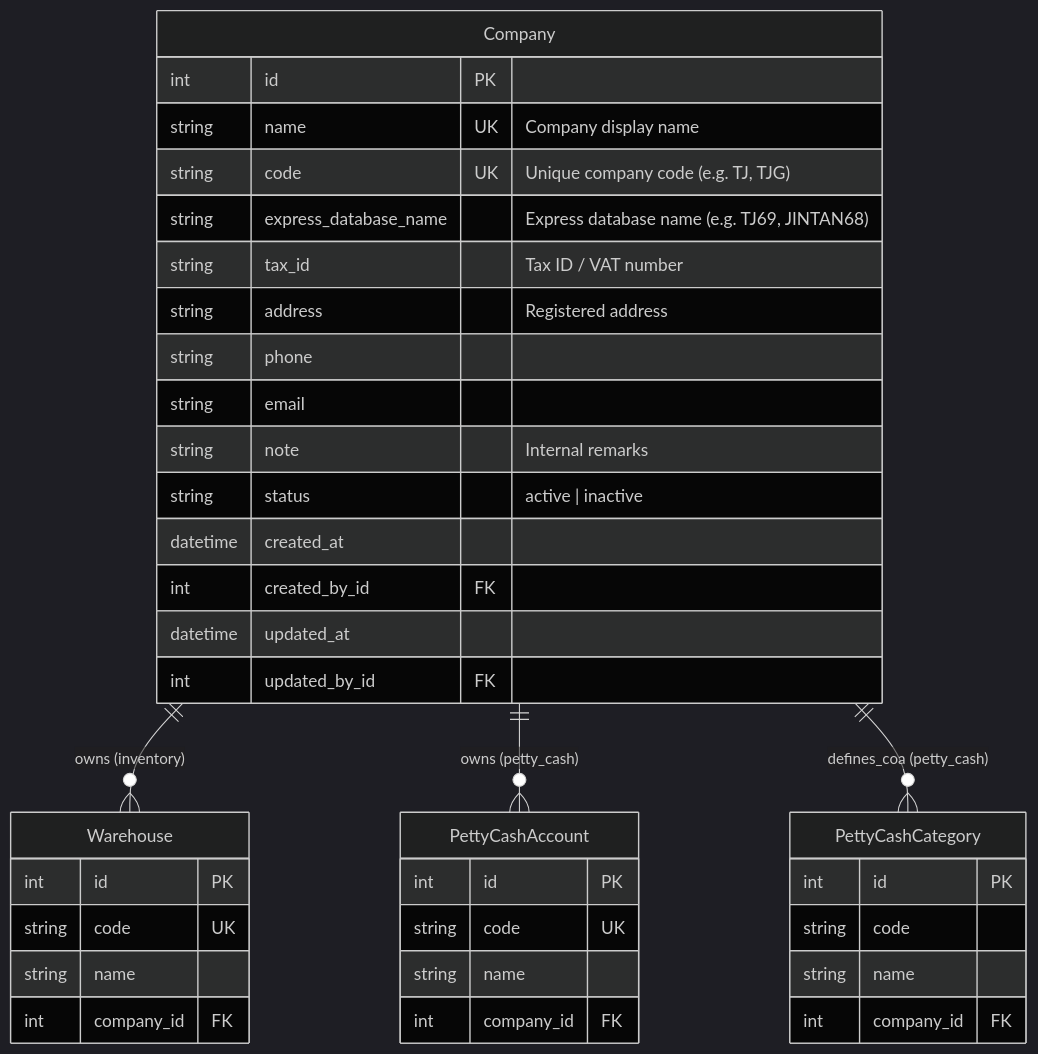
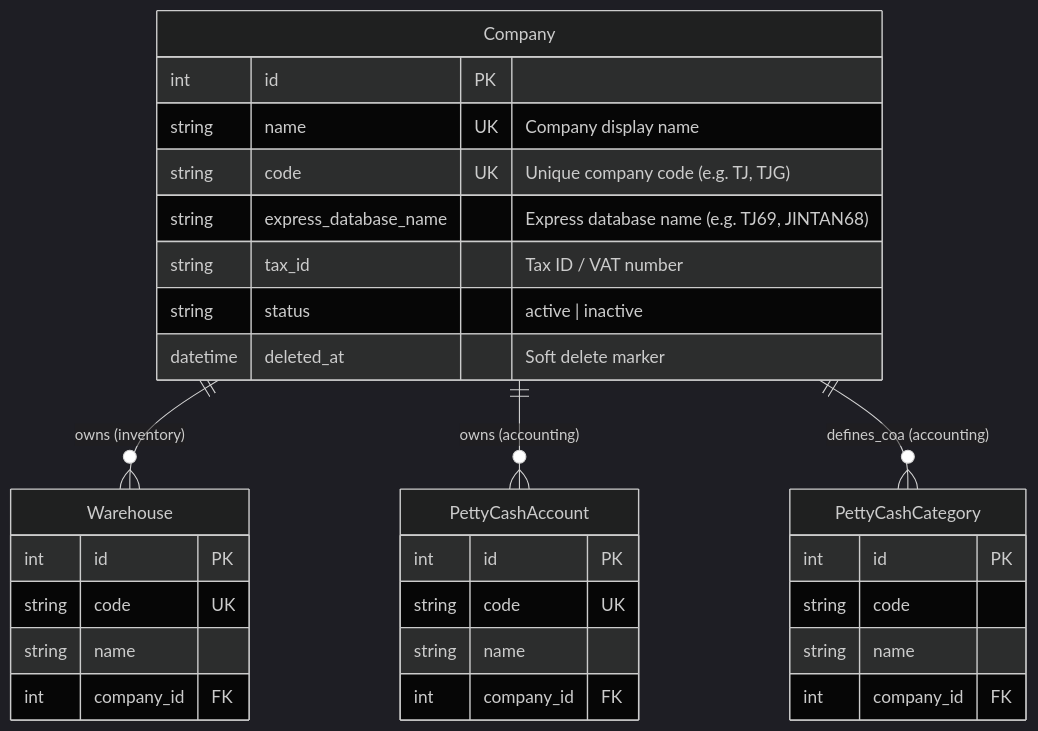
The diagram in django/srcs/common/docs/company_erd.md (lockdoor/tj_inventory), drawn with Mermaid (dark theme) before and after one commit. The commit also changed other lines of this file and 100 other files, not shown here.

Commit message:
Refactor: ADR 0005: Refactor petty_cash to accounting

````diff
--- a/django/srcs/common/docs/company_erd.md
+++ b/django/srcs/common/docs/company_erd.md
@@ -9,44 +9,37 @@
 ```mermaid
 erDiagram
     Company ||--o{ Warehouse : "owns (inventory)"
-    Company ||--o{ PettyCashAccount : "owns (petty_cash)"
-    Company ||--o{ PettyCashCategory : "defines_coa (petty_cash)"
+    Company ||--o{ PettyCashAccount : "owns (accounting)"
+    Company ||--o{ PettyCashCategory : "defines_coa (accounting)"
 
     Company {
         int id PK
         string name UK "Company display name"
         string code UK "Unique company code (e.g. TJ, TJG)"
         string express_database_name "Express database name (e.g. TJ69, JINTAN68)"
         string tax_id "Tax ID / VAT number"
-        string address "Registered address"
-        string phone
-        string email
-        string note "Internal remarks"
         string status "active | inactive"
-        datetime created_at
-        int created_by_id FK
-        datetime updated_at
-        int updated_by_id FK
+        datetime deleted_at "Soft delete marker"
     }
 
     Warehouse {
         int id PK
         string code UK
         string name
         int company_id FK
     }
 
     PettyCashAccount {
         int id PK
         string code UK
         string name
         int company_id FK
     }
 
     PettyCashCategory {
         int id PK
         string code
         string name
         int company_id FK
     }
 ```
````
